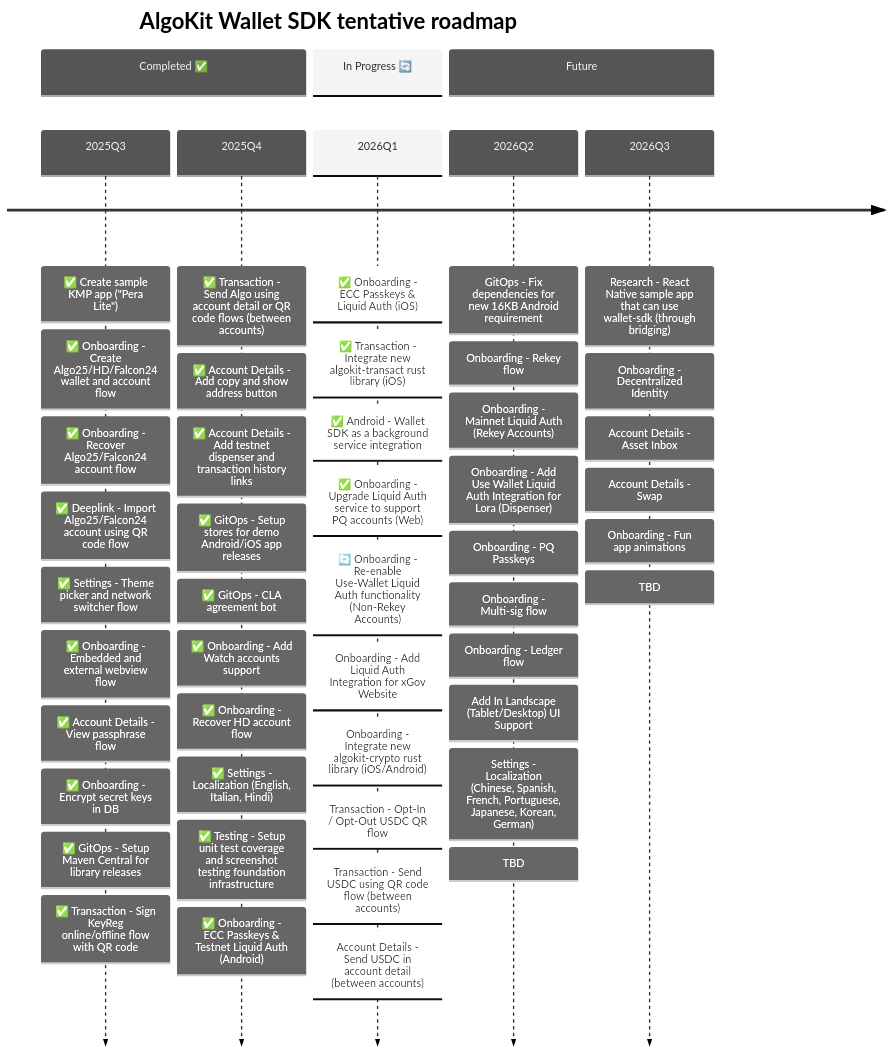
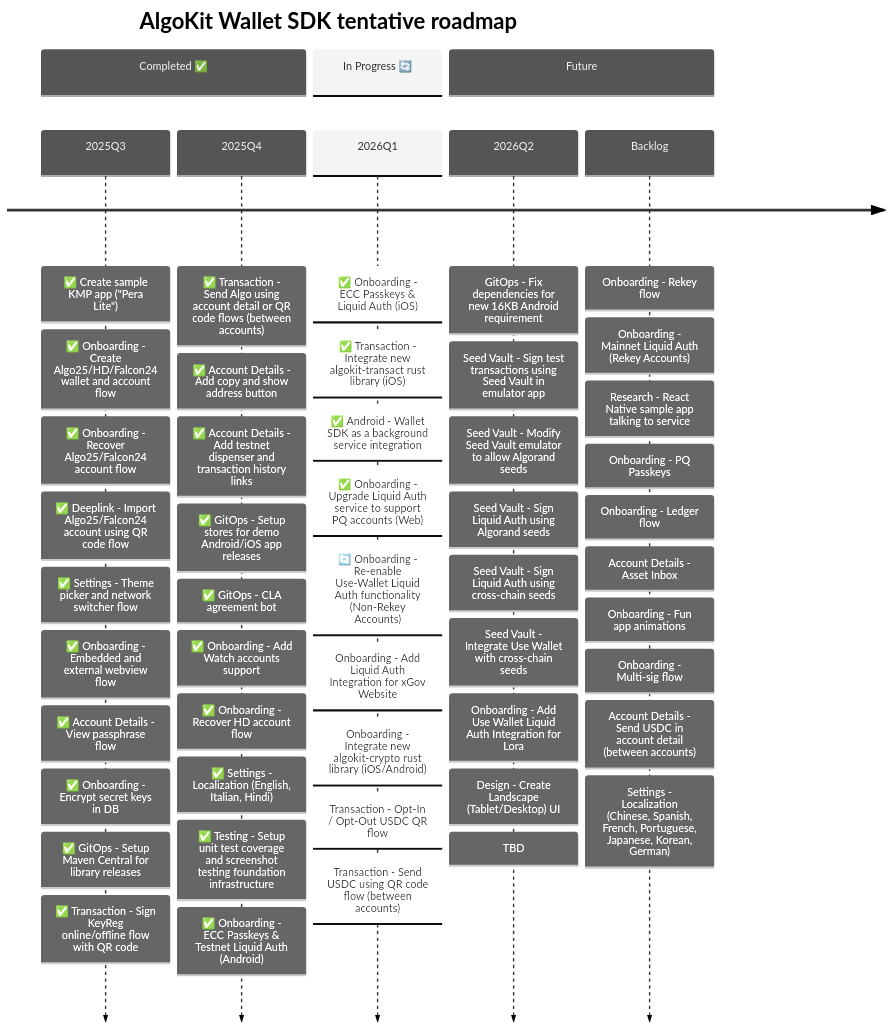
Before and after one commit to michaeltchuangllc/algokit-walletsdk-kmp: the second of 3 diagrams in README.md, drawn with Mermaid.

Commit message:
docs: update roadmap (#236)

````diff
--- a/README.md
+++ b/README.md
@@ -69,62 +69,64 @@
 ```mermaid
 ---
 config:
   theme: 'neutral'
 ---
 timeline
     title AlgoKit Wallet SDK tentative roadmap
 
     section Completed ✅
     2025Q3  : ✅ Create sample KMP app ("Pera Lite")
             : ✅ Onboarding - Create Algo25/HD/Falcon24 wallet and account flow
             : ✅ Onboarding - Recover Algo25/Falcon24 account flow
             : ✅ Deeplink - Import Algo25/Falcon24 account using QR code flow
             : ✅ Settings - Theme picker and network switcher flow
             : ✅ Onboarding - Embedded and external webview flow
             : ✅ Account Details - View passphrase flow
             : ✅ Onboarding - Encrypt secret keys in DB
             : ✅ GitOps - Setup Maven Central for library releases
             : ✅ Transaction - Sign KeyReg online/offline flow with QR code
 
     2025Q4  : ✅ Transaction - Send Algo using account detail or QR code flows (between accounts)
             : ✅ Account Details - Add copy and show address button
             : ✅ Account Details - Add testnet dispenser and transaction history links
             : ✅ GitOps - Setup stores for demo Android/iOS app releases
             : ✅ GitOps - CLA agreement bot
             : ✅ Onboarding - Add Watch accounts support
             : ✅ Onboarding - Recover HD account flow
             : ✅ Settings - Localization (English, Italian, Hindi)
             : ✅ Testing - Setup unit test coverage and screenshot testing foundation infrastructure
             : ✅ Onboarding - ECC Passkeys & Testnet Liquid Auth (Android)
 
     section In Progress 🔄
     2026Q1  : ✅ Onboarding - ECC Passkeys & Liquid Auth (iOS)
             : ✅ Transaction - Integrate new algokit-transact rust library (iOS)
             : ✅ Android - Wallet SDK as a background service integration
             : ✅ Onboarding - Upgrade Liquid Auth service to support PQ accounts (Web)
             : 🔄 Onboarding - Re-enable Use-Wallet Liquid Auth functionality (Non-Rekey Accounts)
             : Onboarding - Add Liquid Auth Integration for xGov Website
             : Onboarding - Integrate new algokit-crypto rust library (iOS/Android)
             : Transaction - Opt-In / Opt-Out USDC QR flow
             : Transaction - Send USDC using QR code flow (between accounts)
-            : Account Details - Send USDC in account detail (between accounts)
 
     section Future
     2026Q2  : GitOps - Fix dependencies for new 16KB Android requirement
+            : Seed Vault - Sign test transactions using Seed Vault in emulator app
+            : Seed Vault - Modify Seed Vault emulator to allow Algorand seeds
+            : Seed Vault - Sign Liquid Auth using Algorand seeds
+            : Seed Vault - Sign Liquid Auth using cross-chain seeds
+            : Seed Vault - Integrate Use Wallet with cross-chain seeds
+            : Onboarding - Add Use Wallet Liquid Auth Integration for Lora
+            : Design - Create Landscape (Tablet/Desktop) UI
+            : TBD
+    Backlog
             : Onboarding - Rekey flow
             : Onboarding - Mainnet Liquid Auth (Rekey Accounts)
-            : Onboarding - Add Use Wallet Liquid Auth Integration for Lora (Dispenser)
+            : Research - React Native sample app talking to service
             : Onboarding - PQ Passkeys
+            : Onboarding - Ledger flow
+            : Account Details - Asset Inbox
+            : Onboarding - Fun app animations
             : Onboarding - Multi-sig flow
-            : Onboarding - Ledger flow
-            : Add In Landscape (Tablet/Desktop) UI Support
+            : Account Details - Send USDC in account detail (between accounts)
             : Settings - Localization (Chinese, Spanish, French, Portuguese, Japanese, Korean, German)
-            : TBD
-    2026Q3
-            : Research - React Native sample app that can use wallet-sdk (through bridging)
-            : Onboarding - Decentralized Identity
-            : Account Details - Asset Inbox
-            : Account Details - Swap
-            : Onboarding - Fun app animations
-            : TBD
 ```
````
